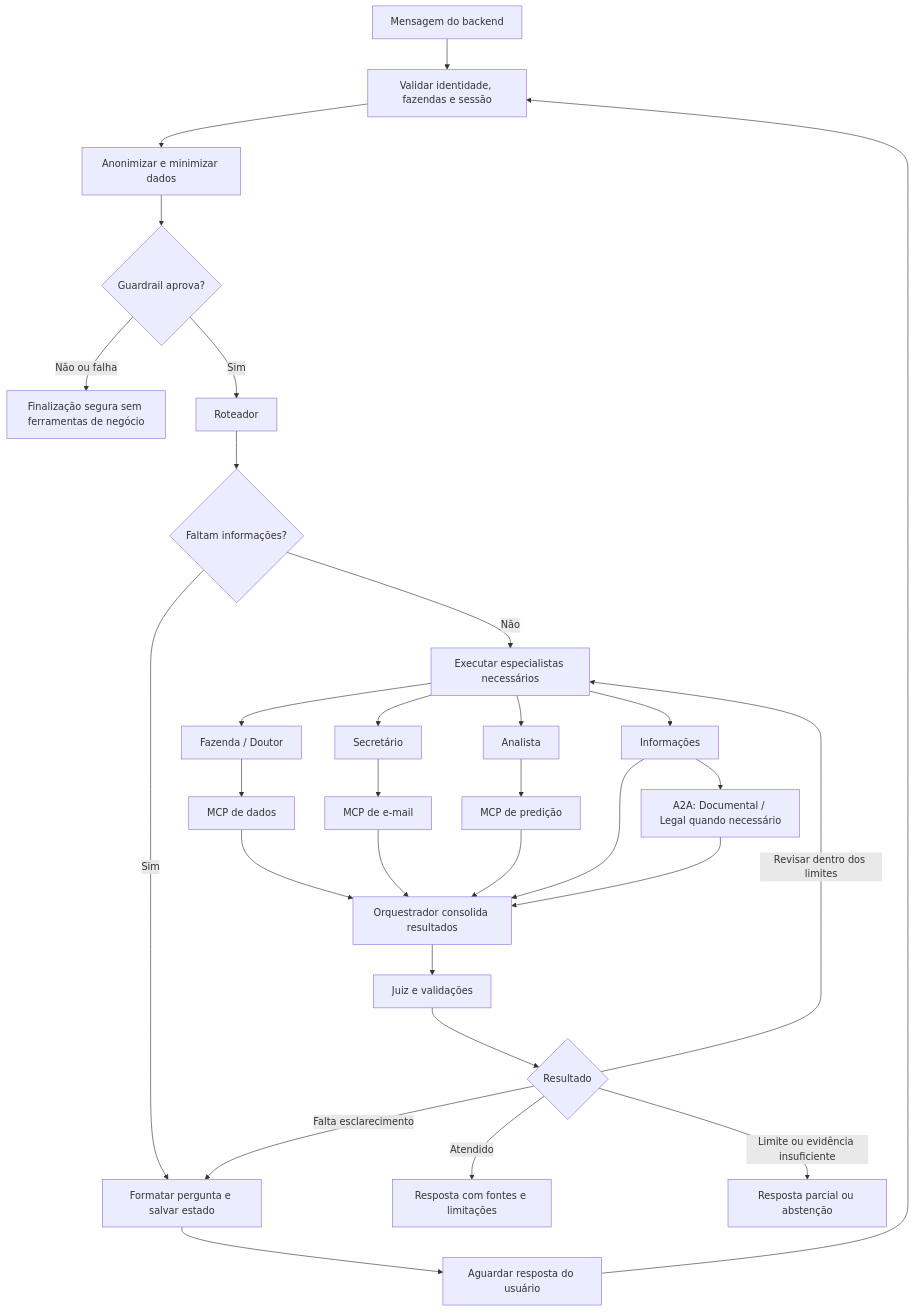
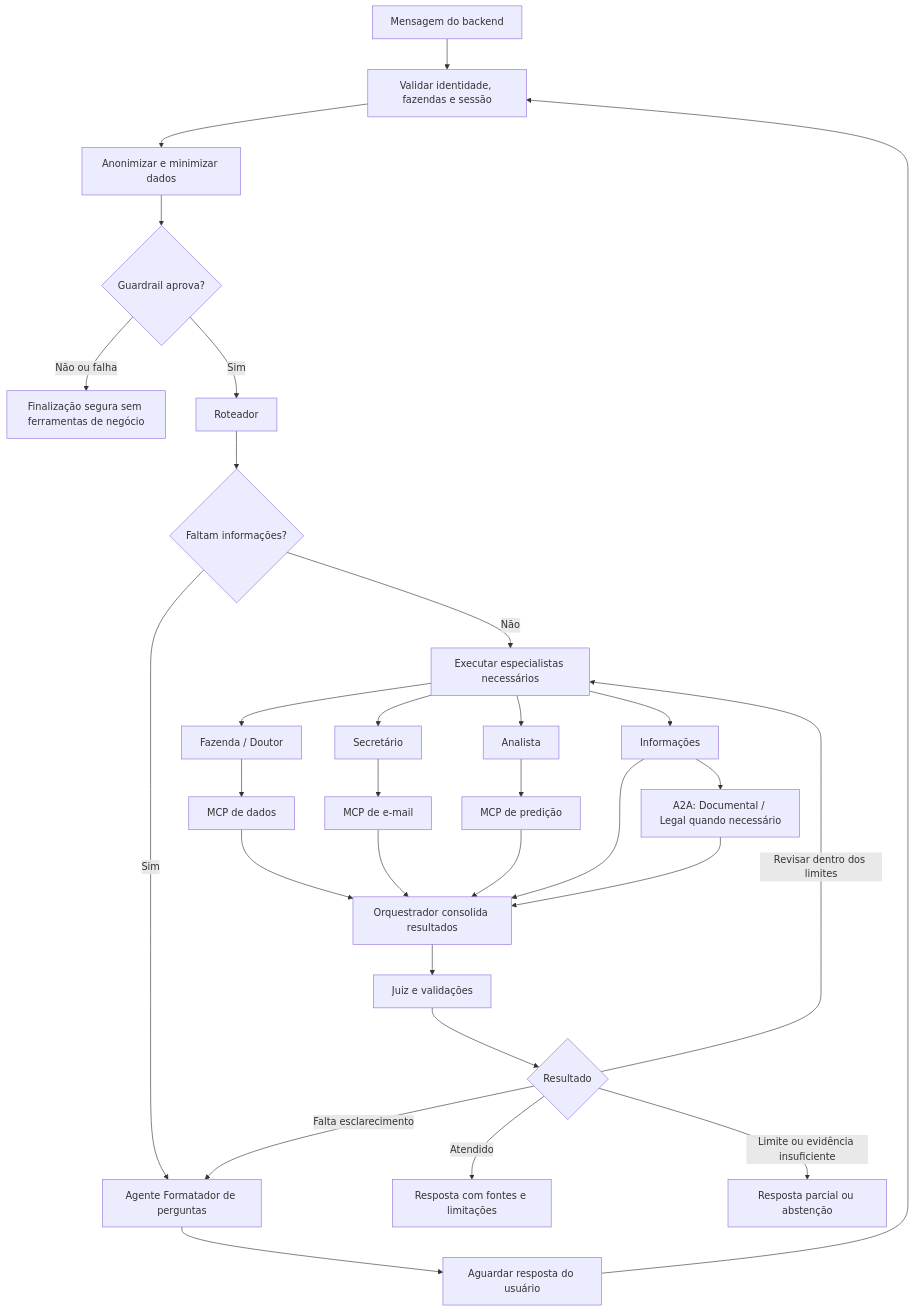
Before and after one commit to Argos-app/argos-ai-service: the diagram in README.md, drawn with Mermaid. The commit also changed other lines of this file, not shown here.

````diff
--- a/README.md
+++ b/README.md
@@ -89,32 +91,32 @@
 ```mermaid
 flowchart TD
     Input[Mensagem do backend] --> Auth[Validar identidade, fazendas e sessão]
     Auth --> Privacy[Anonimizar e minimizar dados]
     Privacy --> Guard{Guardrail aprova?}
     Guard -->|Não ou falha| Safe[Finalização segura sem ferramentas de negócio]
     Guard -->|Sim| Route[Roteador]
     Route --> Missing{Faltam informações?}
-    Missing -->|Sim| Question[Formatar pergunta e salvar estado]
+    Missing -->|Sim| Question[Agente Formatador de perguntas]
     Question --> Wait[Aguardar resposta do usuário]
     Wait --> Auth
     Missing -->|Não| Specialists[Executar especialistas necessários]
     Specialists --> Farm[Fazenda / Doutor]
     Specialists --> Secretary[Secretário]
     Specialists --> Analyst[Analista]
     Specialists --> Info[Informações]
     Farm --> Data[MCP de dados]
     Secretary --> Email[MCP de e-mail]
     Analyst --> Prediction[MCP de predição]
     Info --> A2A[A2A: Documental / Legal quando necessário]
     Data --> Merge[Orquestrador consolida resultados]
     Email --> Merge
     Prediction --> Merge
     Info --> Merge
     A2A --> Merge
     Merge --> Judge[Juiz e validações]
     Judge --> Decision{Resultado}
     Decision -->|Atendido| Answer[Resposta com fontes e limitações]
     Decision -->|Falta esclarecimento| Question
     Decision -->|Revisar dentro dos limites| Specialists
     Decision -->|Limite ou evidência insuficiente| Partial[Resposta parcial ou abstenção]
 ```
````
